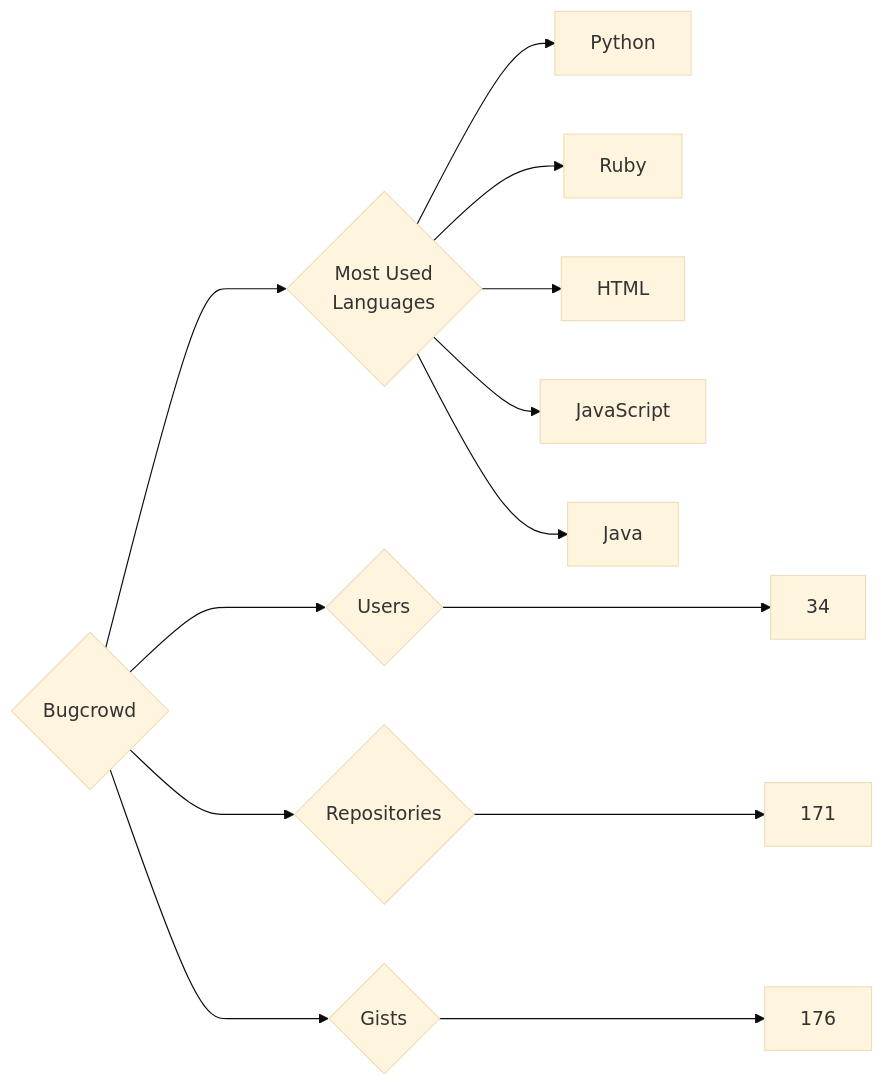
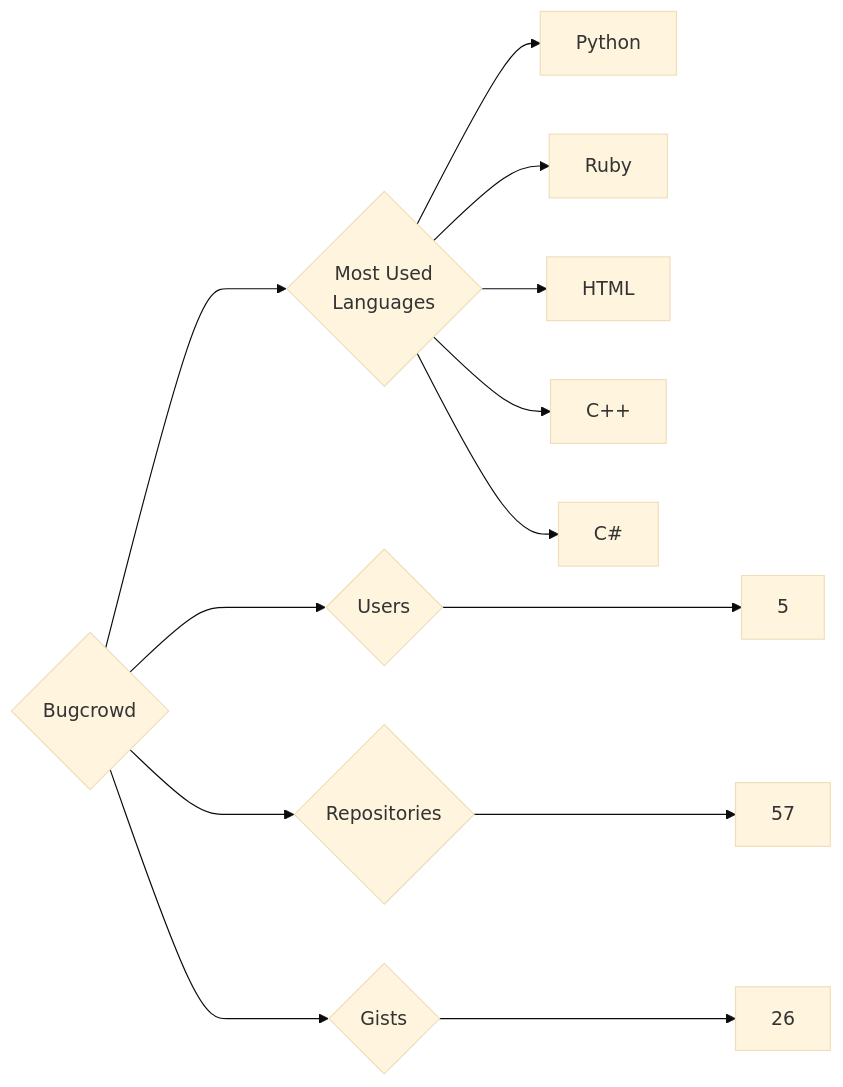
One commit to trickest/insiders changed the diagram in targets/Bugcrowd/README.md. Above: the diagram before and after it, drawn with Mermaid (base theme). The commit also changed 895 other files, not shown here.

````diff
--- a/targets/Bugcrowd/README.md
+++ b/targets/Bugcrowd/README.md
@@ -3,13 +3,13 @@
 ```mermaid
 graph LR
 COMPANY_NAME{Bugcrowd}
-COMPANY_NAME ---> U{Users} ---> UN[34]
-COMPANY_NAME ---> R{Repositories} ---> RN[171]
-COMPANY_NAME ---> G{Gists} ---> GN[176]
+COMPANY_NAME ---> U{Users} ---> UN[5]
+COMPANY_NAME ---> R{Repositories} ---> RN[57]
+COMPANY_NAME ---> G{Gists} ---> GN[26]
 COMPANY_NAME ---> ML{Most Used<br>Languages}
 ML --> Python[Python]
 ML --> Ruby[Ruby]
 ML --> HTML[HTML]
-ML --> JavaScript[JavaScript]
-ML --> Java[Java]
+ML --> C++[C++]
+ML --> C#[C#]
 ```
````
